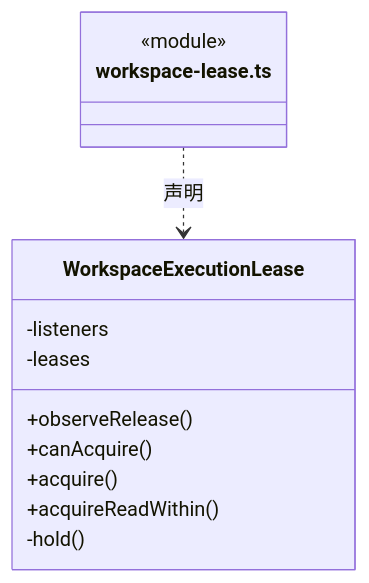
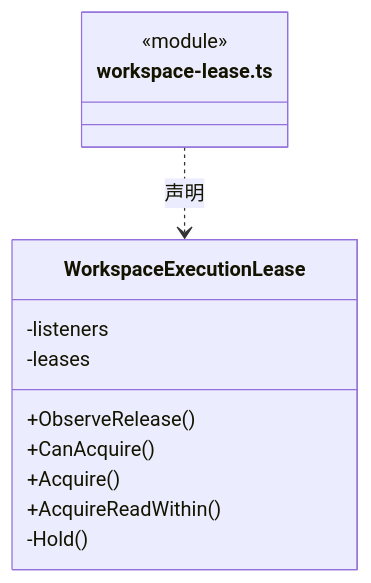
The fifth of 5 diagrams in src/logic/execution/admission/ARCHITECTURE.md (nan023062/cbim), drawn with Mermaid before and after one commit. The commit also changed other lines of this file and 1035 other files, not shown here.

````diff
--- a/src/logic/execution/admission/ARCHITECTURE.md
+++ b/src/logic/execution/admission/ARCHITECTURE.md
@@ -145,16 +145,16 @@
 ```mermaid
 classDiagram
 class N_src_logic_execution_admission_workspace_lease_ts["workspace-lease.ts"] {
   <<module>>
 }
 class N_src_logic_execution_admission_workspace_lease_ts_WorkspaceExecutionLease["WorkspaceExecutionLease"] {
-  +observeRelease()
-  +canAcquire()
-  +acquire()
-  +acquireReadWithin()
+  +ObserveRelease()
+  +CanAcquire()
+  +Acquire()
+  +AcquireReadWithin()
   -listeners
   -leases
-  -hold()
+  -Hold()
 }
 N_src_logic_execution_admission_workspace_lease_ts ..> N_src_logic_execution_admission_workspace_lease_ts_WorkspaceExecutionLease : 声明
 ```
````
